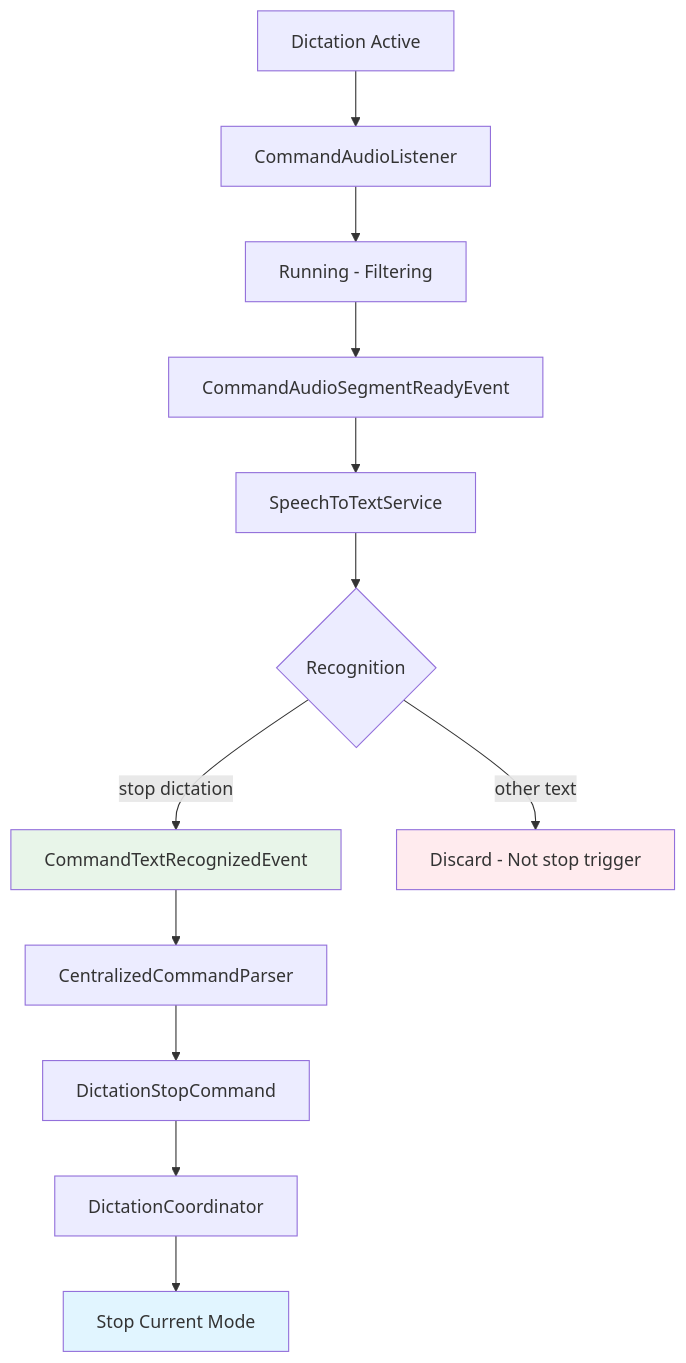
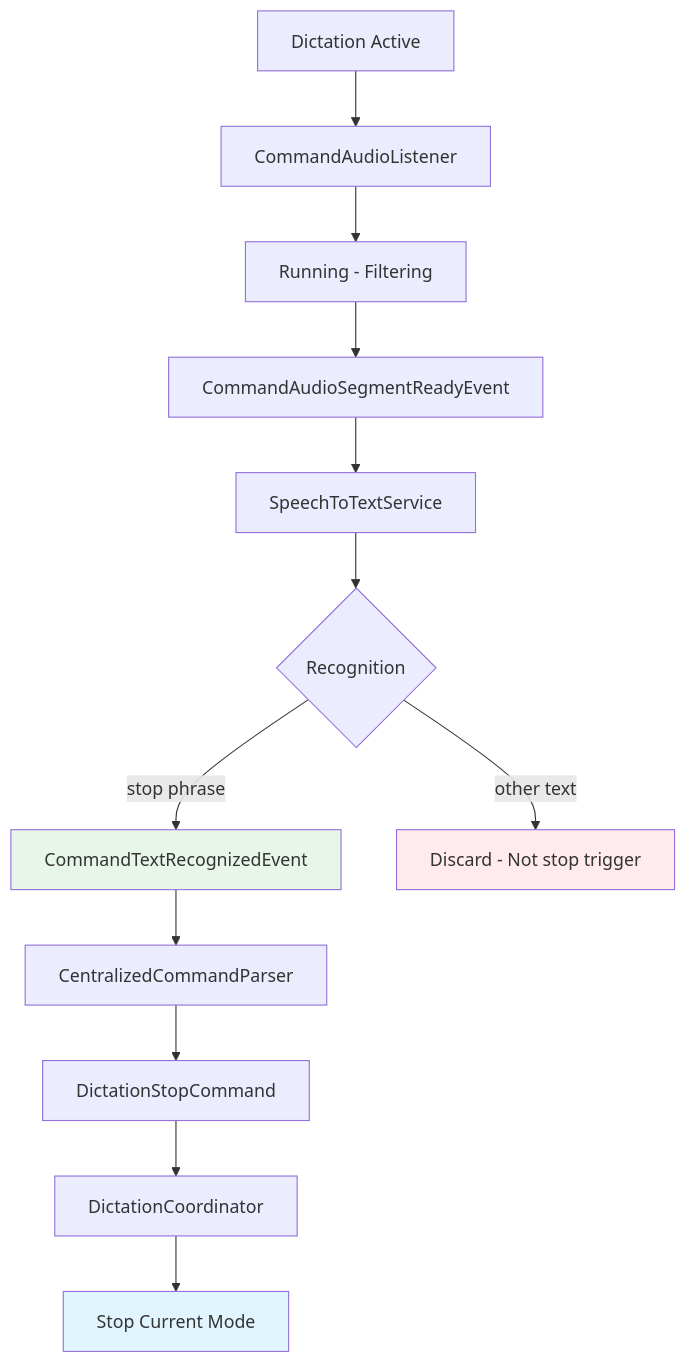
One commit to rick12000/vocalance changed the seventh of 7 diagrams in docs/developer/dictation_system.rst. Above: the diagram before and after it, drawn with Mermaid. The commit also changed other lines of this file and 16 other files, not shown here.

```diff
--- a/docs/developer/dictation_system.rst
+++ b/docs/developer/dictation_system.rst
@@ -645,20 +652,20 @@
 .. mermaid::
 
    flowchart TD
        A[Dictation Active] --> B[CommandAudioListener]
        B --> C[Running - Filtering]
        C --> D[CommandAudioSegmentReadyEvent]
        D --> E[SpeechToTextService]
        E --> F{Recognition}
 
-       F -->|stop dictation| G[CommandTextRecognizedEvent]
+       F -->|stop phrase| G[CommandTextRecognizedEvent]
        F -->|other text| H[Discard - Not stop trigger]
 
        G --> I[CentralizedCommandParser]
        I --> J[DictationStopCommand]
        J --> K[DictationCoordinator]
        K --> L[Stop Current Mode]
 
        style G fill:#e8f5e9
        style H fill:#ffebee
        style L fill:#e1f5ff
```
